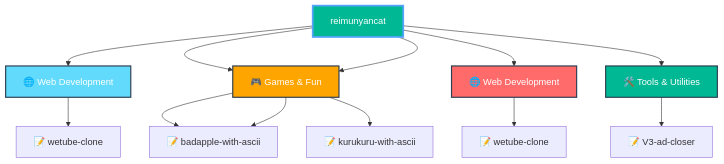
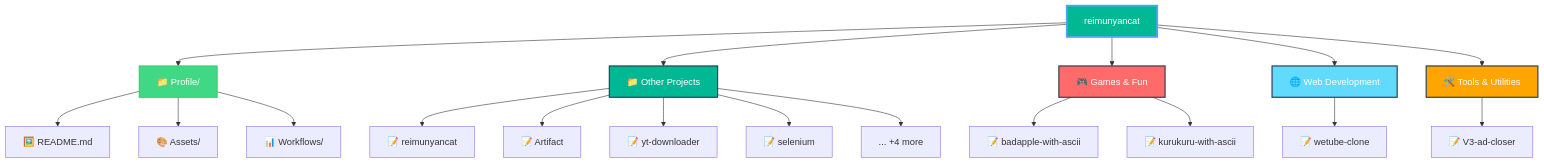
One commit to reimunyancat/reimunyancat changed the diagram in README.md. Above: the diagram before and after it, drawn with Mermaid. The commit also changed other lines of this file, not shown here.

Commit message:
🤖 Auto-update README with latest repositories

````diff
--- a/README.md
+++ b/README.md
@@ -218,26 +217,31 @@
 ```mermaid
 graph TD
-  A[reimunyancat]
+  A[reimunyancat] --> B[📁 Profile/]
+  B --> C[🖼️ README.md]
+  B --> D[🎨 Assets/]
+  B --> E[📊 Workflows/]
 
-  A --> CAT0[🌐 Web Development]
-  CAT0 --> CAT0_0[📝 wetube-clone]
-
-  A --> CAT1[🛠️ Tools & Utilities]
-  CAT1 --> CAT1_0[📝 V3-ad-closer]
+  A --> CAT0[📁 Other Projects]
+  CAT0 --> CAT0_0[📝 reimunyancat]
+  CAT0 --> CAT0_1[📝 Artifact]
+  CAT0 --> CAT0_2[📝 yt-downloader]
+  CAT0 --> CAT0_3[📝 selenium]
+  CAT0 --> CAT0_MORE[... +4 more]
 
   A --> CAT1[🎮 Games & Fun]
   CAT1 --> CAT1_0[📝 badapple-with-ascii]
   CAT1 --> CAT1_1[📝 kurukuru-with-ascii]
 
   A --> CAT2[🌐 Web Development]
   CAT2 --> CAT2_0[📝 wetube-clone]
 
   A --> CAT3[🛠️ Tools & Utilities]
   CAT3 --> CAT3_0[📝 V3-ad-closer]
 
   style A fill:#00b894,stroke:#55a3ff,stroke-width:3px,color:#fff
-  style CAT0 fill:#61dafb,stroke:#2c3e50,stroke-width:2px,color:#fff
-  style CAT1 fill:#ffa500,stroke:#2c3e50,stroke-width:2px,color:#fff
-  style CAT2 fill:#ff6b6b,stroke:#2c3e50,stroke-width:2px,color:#fff
-  style CAT3 fill:#00b894,stroke:#2c3e50,stroke-width:2px,color:#fff
+  style B fill:#41d885,stroke:#2ed573,stroke-width:2px,color:#fff
+  style CAT0 fill:#00b894,stroke:#2c3e50,stroke-width:2px,color:#fff
+  style CAT1 fill:#ff6b6b,stroke:#2c3e50,stroke-width:2px,color:#fff
+  style CAT2 fill:#61dafb,stroke:#2c3e50,stroke-width:2px,color:#fff
+  style CAT3 fill:#ffa500,stroke:#2c3e50,stroke-width:2px,color:#fff
 ```
````
